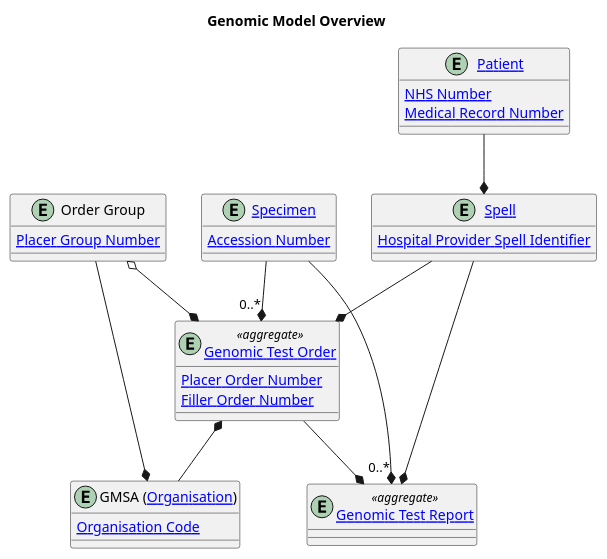
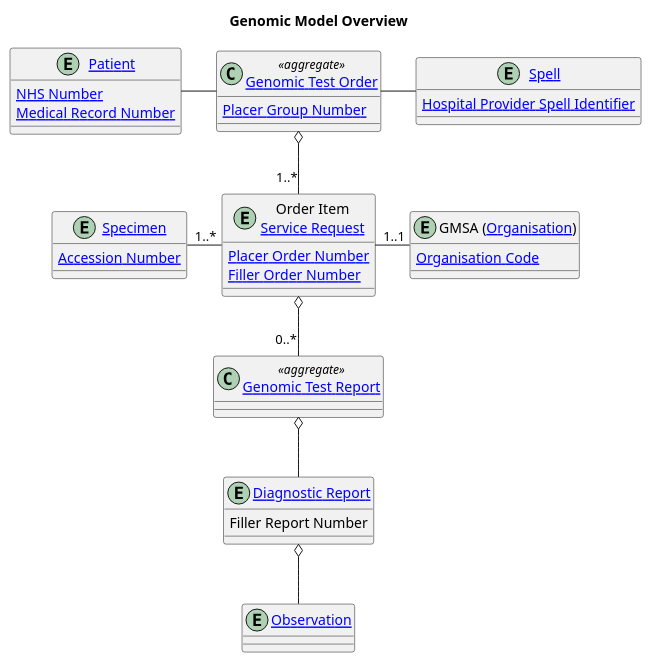
One commit to nw-gmsa/nw-gmsa.github.com changed the diagram in input/images-source/LTW-model.plantuml. Above: the diagram before and after it, drawn with PlantUML. The commit also changed 2 other files, not shown here.

```diff
--- a/input/images-source/LTW-model.plantuml
+++ b/input/images-source/LTW-model.plantuml
@@ -1,46 +1,53 @@
 @startuml
 
 title "Genomic Model Overview"
 
 
 entity "[[StructureDefinition-Patient.html Patient]]" as Patient {
   [[StructureDefinition-NHSNumber.html NHS Number]]
   [[StructureDefinition-MedicalRecordNumber.html Medical Record Number]]
 }
 
 entity "GMSA ([[StructureDefinition-Organization.html Organisation]])" as GMSA {
 [[StructureDefinition-OrganisationCode.html Organisation Code]]
 }
 
-entity "Order Group" as OrderGroup {
+class "[[Questionnaire-GenomicTestOrder.html Genomic Test Order]]" as Order <<aggregate>> {
   [[StructureDefinition-PlacerGroupNumber.html Placer Group Number]]
 }
 
-entity "[[Questionnaire-GenomicTestOrder.html Genomic Test Order]]" as Order <<aggregate>> {
+entity "Order Item\n[[StructureDefinition-ServiceRequest.html Service Request]]" as OrderItem  {
   [[StructureDefinition-PlacerOrderNumber.html Placer Order Number]]
   [[StructureDefinition-FillerOrderNumber.html Filler Order Number]]
 }
 
-entity "[[StructureDefinition-Composition-GenomicReport.html Genomic Test Report]]" as Report <<aggregate>>
+class "[[StructureDefinition-Composition-GenomicReport.html Genomic Test Report]]" as Report <<aggregate>>
 
 entity "[[StructureDefinition-Specimen.html Specimen]]" as Specimen {
   [[StructureDefinition-AccessionNumber.html Accession Number]]
 }
 
 entity "[[Spell]]" as Spell {
   [[StructureDefinition-HospitalProviderSpellIdentifier.html Hospital Provider Spell Identifier]]
 }
 
-OrderGroup o--* Order
-OrderGroup --* GMSA
-Order *-- GMSA
-Order --* Report
-Specimen --* "0..*" Order
-Specimen --* "0..*" Report
-Spell --* Order
-Spell --* Report
+entity "[[StructureDefinition-DiagnosticReport.html Diagnostic Report]]" as DiagnosticReport {
+Filler Report Number
+}
+entity "[[StructureDefinition-Observation.html Observation]]" as Observation
 
-Patient --* Spell
+Order o-d- "1..*" OrderItem
+OrderItem o-- "0..*" Report
+Report o-d- DiagnosticReport
+DiagnosticReport o-d- Observation
+
+OrderItem -l- "1..*" Specimen
+
+OrderItem -r- "1..1" GMSA
 
 
+Order -r- Spell
+
+Patient -r- Order
+
 @enduml
```
